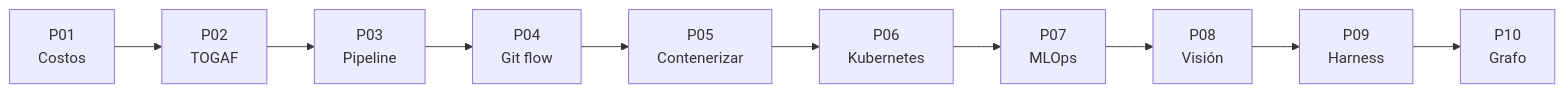
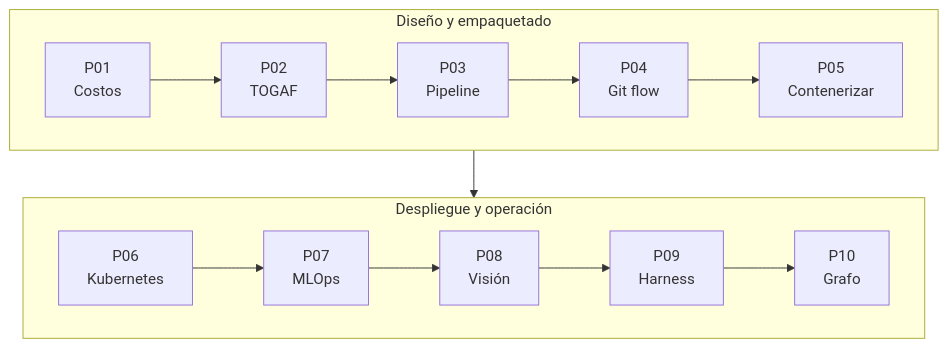
One commit to danielxxi/cloud-and-IA-para-todos changed the diagram in docs/practicas/index.md. Above: the diagram before and after it, drawn with Mermaid. The commit also changed 5 other files, not shown here.

First line of the commit message:
fix(diagramas): hacer legibles los diagramas anchos

````diff
--- a/docs/practicas/index.md
+++ b/docs/practicas/index.md
@@ -5,7 +5,14 @@
 ```mermaid
-flowchart LR
-    P01["P01<br/>Costos"] --> P02["P02<br/>TOGAF"] --> P03["P03<br/>Pipeline"]
-    P03 --> P04["P04<br/>Git flow"] --> P05["P05<br/>Contenerizar"]
-    P05 --> P06["P06<br/>Kubernetes"] --> P07["P07<br/>MLOps"]
-    P07 --> P08["P08<br/>Visión"] --> P09["P09<br/>Harness"] --> P10["P10<br/>Grafo"]
+flowchart TB
+    subgraph FILA1["Diseño y empaquetado"]
+        direction LR
+        P01["P01<br/>Costos"] --> P02["P02<br/>TOGAF"] --> P03["P03<br/>Pipeline"]
+        P03 --> P04["P04<br/>Git flow"] --> P05["P05<br/>Contenerizar"]
+    end
+    subgraph FILA2["Despliegue y operación"]
+        direction LR
+        P06["P06<br/>Kubernetes"] --> P07["P07<br/>MLOps"] --> P08["P08<br/>Visión"]
+        P08 --> P09["P09<br/>Harness"] --> P10["P10<br/>Grafo"]
+    end
+    FILA1 --> FILA2
 ```
````
